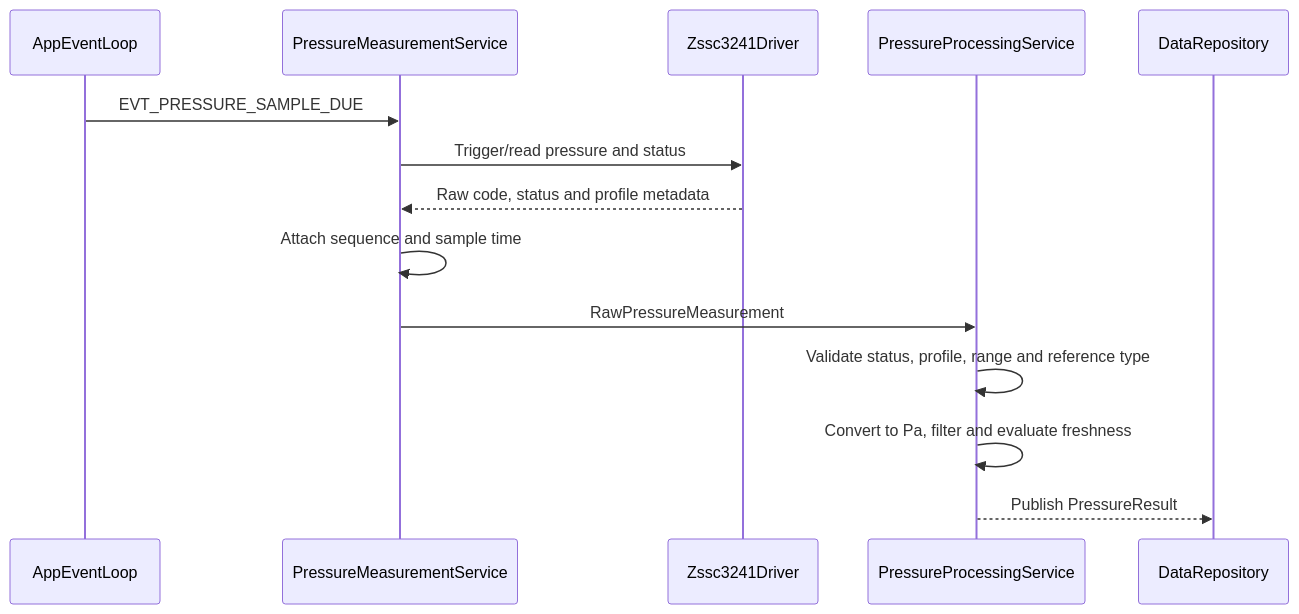
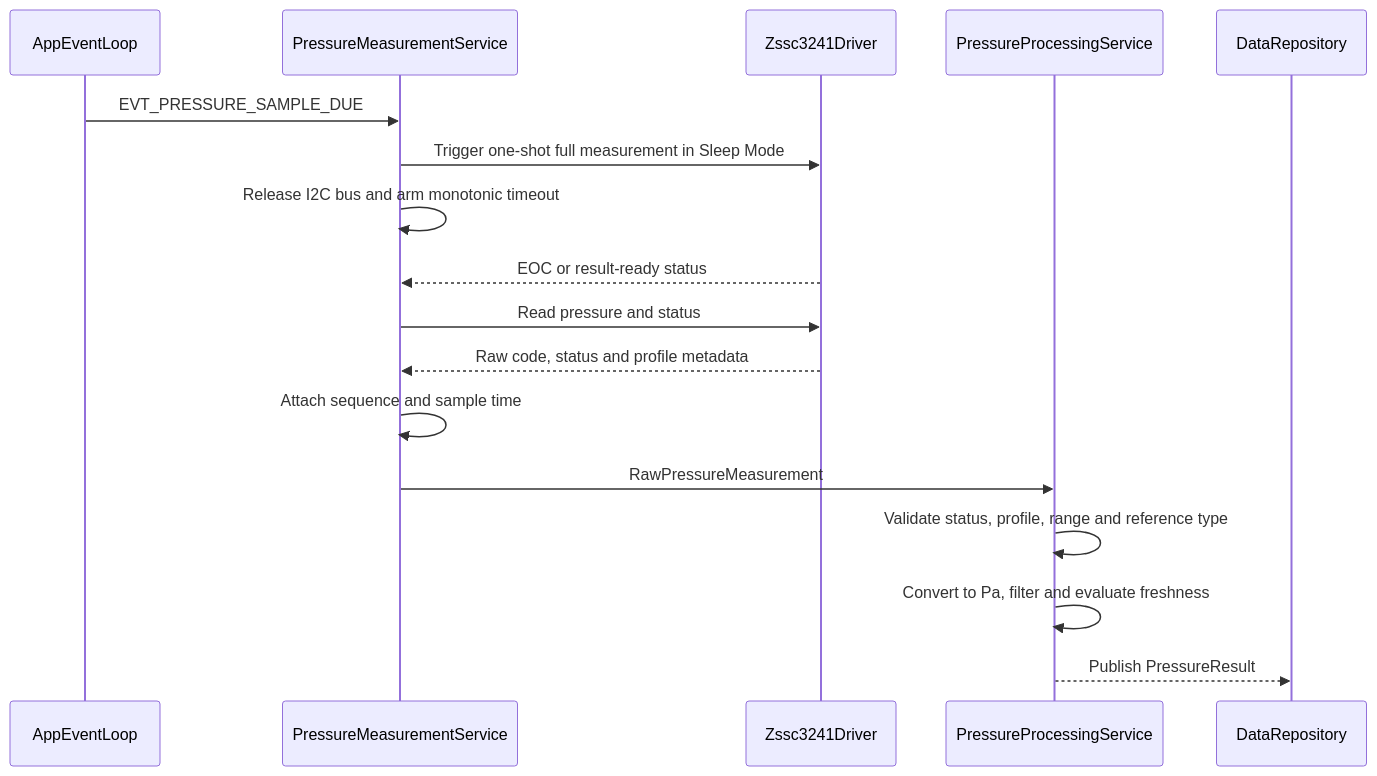
The seventh of 27 diagrams in 1.docs/00_overview/05_sequence_diagrams.md (whoisLePhuc/smart-water-flow-pressure-monitor), drawn with Mermaid before and after one commit. The commit also changed other lines of this file and 15 other files, not shown here.

````diff
--- a/1.docs/00_overview/05_sequence_diagrams.md
+++ b/1.docs/00_overview/05_sequence_diagrams.md
@@ -338,17 +341,20 @@
 ```mermaid
 sequenceDiagram
     participant EL as AppEventLoop
     participant PM as PressureMeasurementService
     participant ZSSC as Zssc3241Driver
     participant PP as PressureProcessingService
     participant DR as DataRepository
 
     EL->>PM: EVT_PRESSURE_SAMPLE_DUE
-    PM->>ZSSC: Trigger/read pressure and status
+    PM->>ZSSC: Trigger one-shot full measurement in Sleep Mode
+    PM->>PM: Release I2C bus and arm monotonic timeout
+    ZSSC-->>PM: EOC or result-ready status
+    PM->>ZSSC: Read pressure and status
     ZSSC-->>PM: Raw code, status and profile metadata
     PM->>PM: Attach sequence and sample time
     PM->>PP: RawPressureMeasurement
     PP->>PP: Validate status, profile, range and reference type
     PP->>PP: Convert to Pa, filter and evaluate freshness
     PP-->>DR: Publish PressureResult
 ```
````
